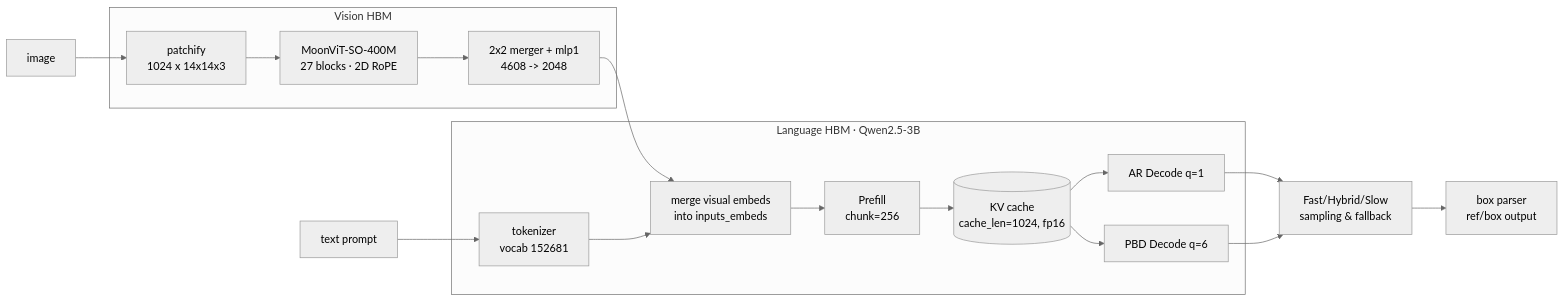
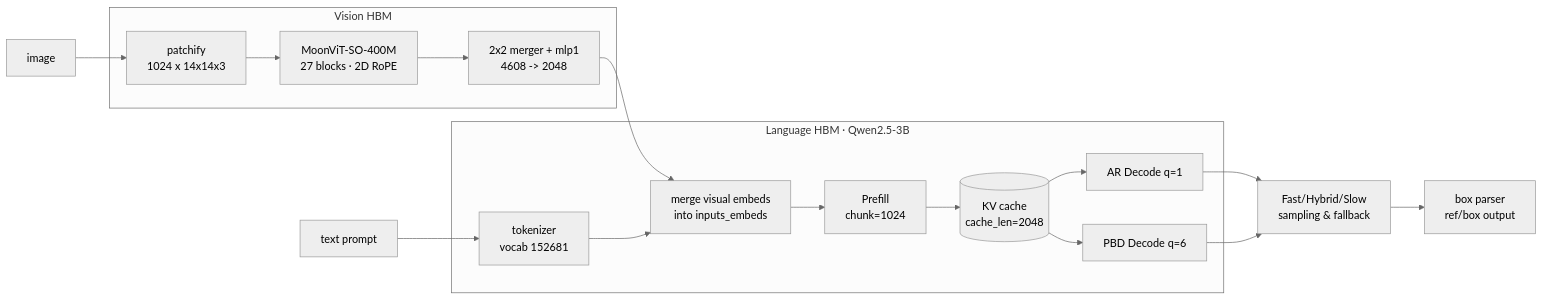
Before and after one commit to D-Robotics/hobot_locateanything: the diagram in README.md, drawn with Mermaid (neutral theme). The commit also changed other lines of this file and 17 other files, not shown here.

````diff
--- a/README.md
+++ b/README.md
@@ -34,23 +40,23 @@
 ```mermaid
 flowchart LR
     IMG[image] --> PATCHIFY[patchify<br/>1024 x 14x14x3]
     PROMPT[text prompt] --> TOKENIZER[tokenizer<br/>vocab 152681]
 
     subgraph VIS[Vision HBM]
         PATCHIFY --> MOONVIT[MoonViT-SO-400M<br/>27 blocks · 2D RoPE]
         MOONVIT --> MERGER[2x2 merger + mlp1<br/>4608 -> 2048]
     end
 
     subgraph LM[Language HBM · Qwen2.5-3B]
         MERGER --> EMBED[merge visual embeds<br/>into inputs_embeds]
         TOKENIZER --> EMBED
-        EMBED --> PREFILL[Prefill<br/>chunk=256]
-        PREFILL --> KV[(KV cache<br/>cache_len=1024, fp16)]
+        EMBED --> PREFILL[Prefill<br/>chunk=1024]
+        PREFILL --> KV[(KV cache<br/>cache_len=2048)]
         KV --> AR[AR Decode q=1]
         KV --> PBD[PBD Decode q=6]
     end
 
     AR --> HYBRID[Fast/Hybrid/Slow<br/>sampling & fallback]
     PBD --> HYBRID
     HYBRID --> POST[box parser<br/>ref/box output]
 ```
````
